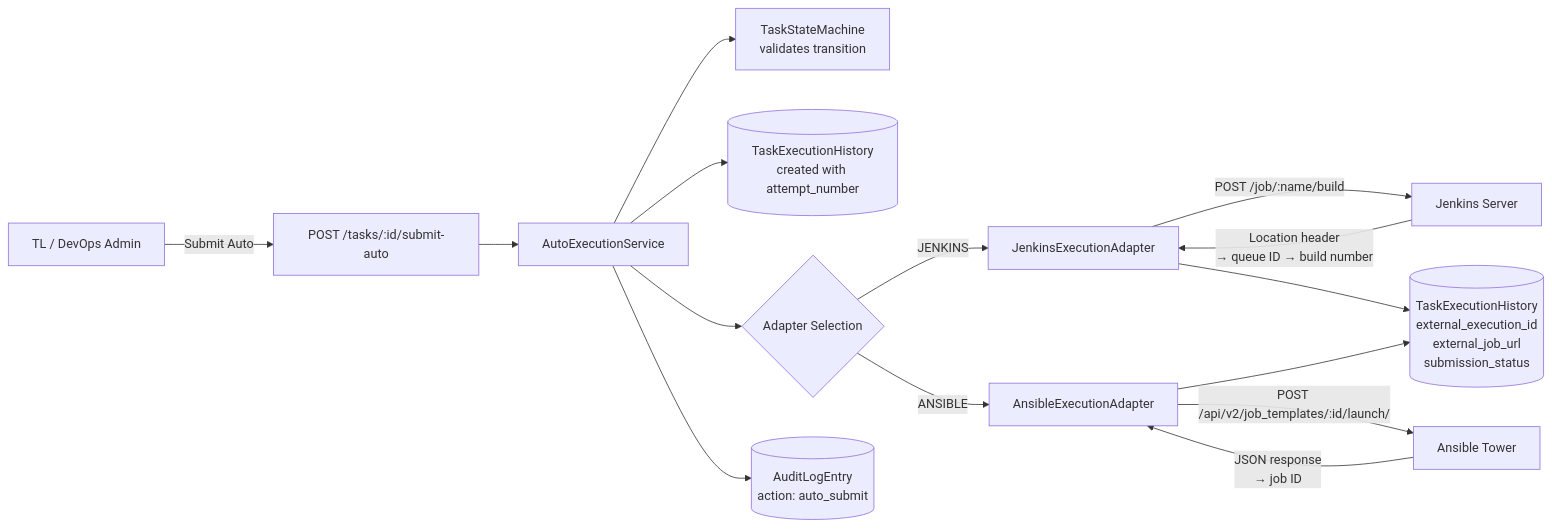
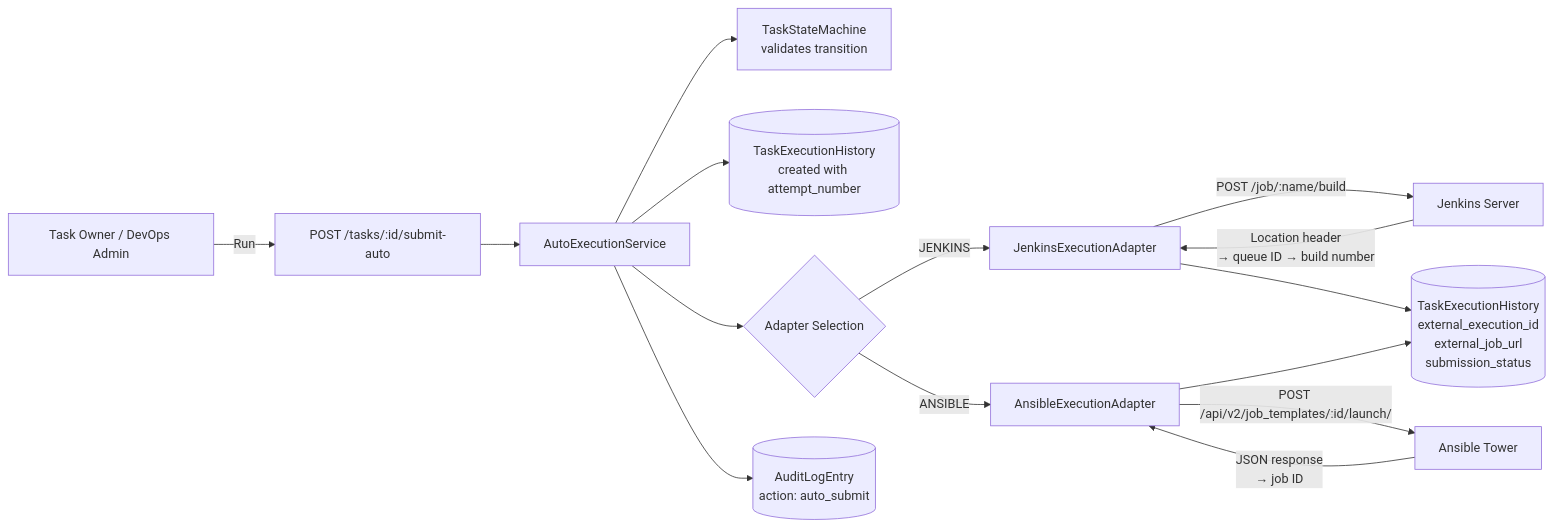
Before and after one commit to wwa-lab/deployment-agent: the third of 9 diagrams in docs/04-architecture/data-flow.md, drawn with Mermaid. The commit also changed other lines of this file and 11 other files, not shown here.

````diff
--- a/docs/04-architecture/data-flow.md
+++ b/docs/04-architecture/data-flow.md
@@ -91,21 +91,21 @@
 ```mermaid
 flowchart LR
-    User[TL / DevOps Admin] -->|Submit Auto| API[POST /tasks/:id/submit-auto]
+    User[Task Owner / DevOps Admin] -->|Run| API[POST /tasks/:id/submit-auto]
     API --> AES[AutoExecutionService]
     AES --> SM[TaskStateMachine<br/>validates transition]
     AES --> TEH1[(TaskExecutionHistory<br/>created with attempt_number)]
 
     AES --> Adapter{Adapter Selection}
     Adapter -->|JENKINS| JA[JenkinsExecutionAdapter]
     Adapter -->|ANSIBLE| AA[AnsibleExecutionAdapter]
 
     JA -->|POST /job/:name/build| Jenkins[Jenkins Server]
     Jenkins -->|Location header<br/>→ queue ID → build number| JA
     JA --> TEH2[(TaskExecutionHistory<br/>external_execution_id<br/>external_job_url<br/>submission_status)]
 
     AA -->|POST /api/v2/job_templates/:id/launch/| Ansible[Ansible Tower]
     Ansible -->|JSON response<br/>→ job ID| AA
     AA --> TEH2
 
     AES --> AL[(AuditLogEntry<br/>action: auto_submit)]
 ```
````
